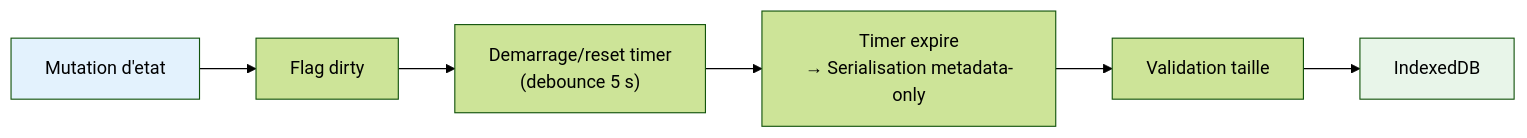
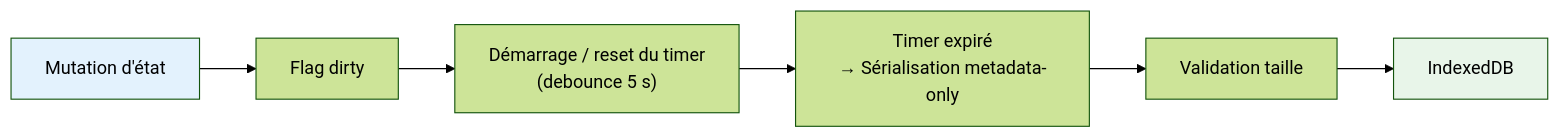
One commit to AtelierCartographie/khartis-v3 changed the diagram in docs/GESTION_ETAT.md. Above: the diagram before and after it, drawn with Mermaid (forest theme). The commit also changed other lines of this file and 15 other files, not shown here.

````diff
--- a/docs/GESTION_ETAT.md
+++ b/docs/GESTION_ETAT.md
@@ -210,11 +218,11 @@
 ```mermaid
 flowchart LR
-    MUT["Mutation d'etat"] --> FLAG["Flag dirty"]
-    --> TIMER["Demarrage/reset timer<br/>(debounce 5 s)"]
-    --> JSON["Timer expire<br/>→ Serialisation metadata-only"]
+    MUT["Mutation d'état"] --> FLAG["Flag dirty"]
+    --> TIMER["Démarrage / reset du timer<br/>(debounce 5 s)"]
+    --> JSON["Timer expiré<br/>→ Sérialisation metadata-only"]
     --> VAL["Validation taille"]
     --> IDB["IndexedDB"]
 
     style MUT fill:#e3f2fd
     style IDB fill:#e8f5e9
 ```
````
